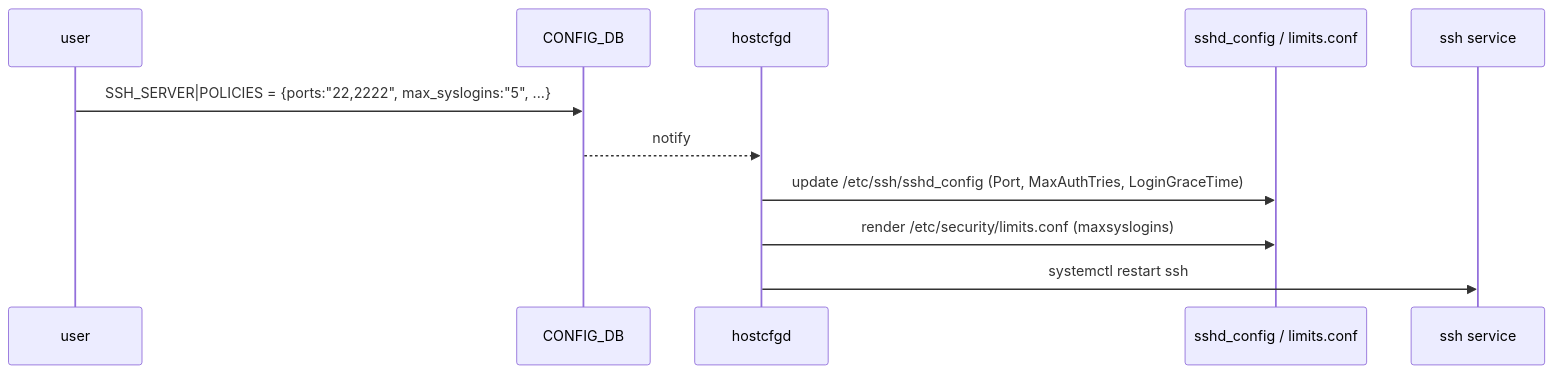
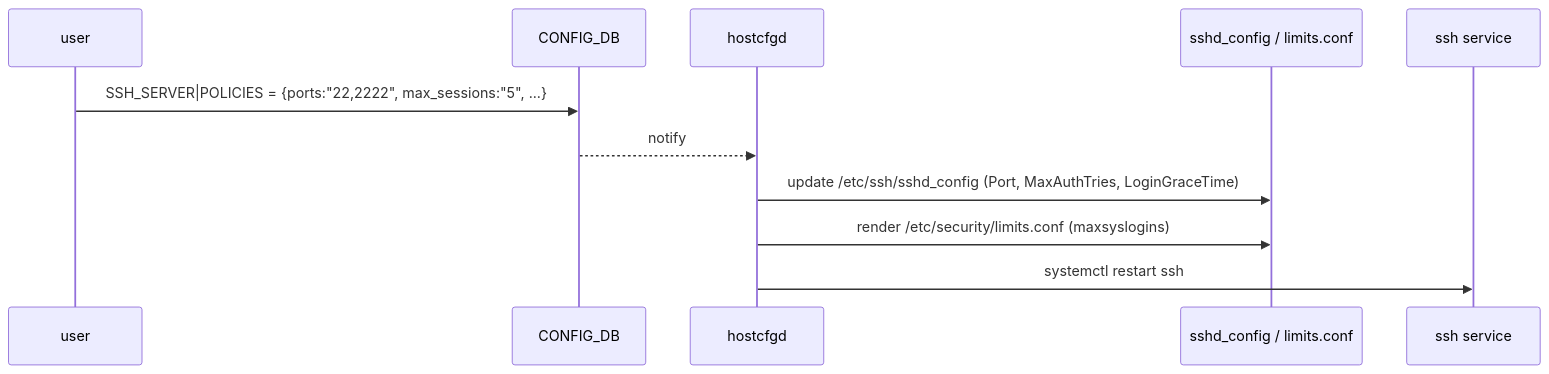
One commit to aoki-taquan/sonic-unofficial-docs changed the second of 2 diagrams in docs/management/ssh-server-global-config-hld.md. Above: the diagram before and after it, drawn with Mermaid. The commit also changed other lines of this file and 10 other files, not shown here.

````diff
--- a/docs/management/ssh-server-global-config-hld.md
+++ b/docs/management/ssh-server-global-config-hld.md
@@ -91,13 +91,13 @@
 ```mermaid
 sequenceDiagram
     participant U as user
     participant CFG as CONFIG_DB
     participant HC as hostcfgd
     participant FS as sshd_config / limits.conf
     participant SVC as ssh service
-    U->>CFG: SSH_SERVER|POLICIES = {ports:"22,2222", max_syslogins:"5", ...}
+    U->>CFG: SSH_SERVER|POLICIES = {ports:"22,2222", max_sessions:"5", ...}
     CFG-->>HC: notify
     HC->>FS: update /etc/ssh/sshd_config (Port, MaxAuthTries, LoginGraceTime)
     HC->>FS: render /etc/security/limits.conf (maxsyslogins)
     HC->>SVC: systemctl restart ssh
 ```
````
